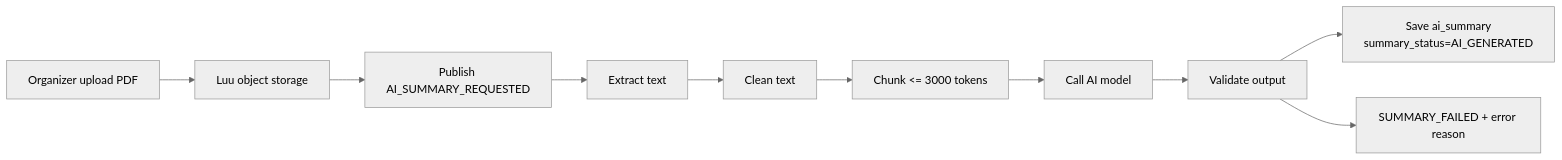
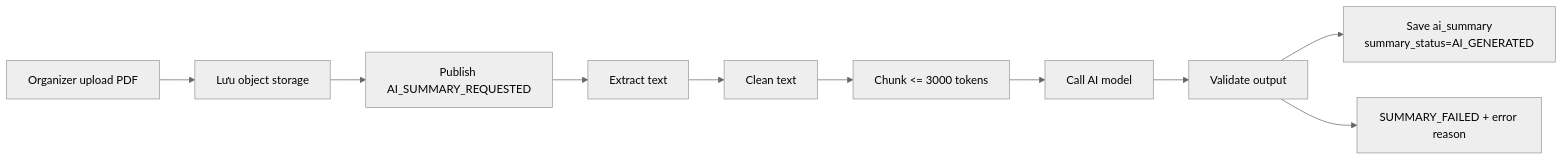
Before and after one commit to NTTH7419/TKPMFinal: the sixth of 6 diagrams in docs/blueprint/README.md, drawn with Mermaid (neutral theme). The commit also changed other lines of this file and 2 other files, not shown here.

````diff
--- a/docs/blueprint/README.md
+++ b/docs/blueprint/README.md
@@ -254,12 +254,12 @@
 ```mermaid
 flowchart LR
-    Upload["Organizer upload PDF"] --> Store["Luu object storage"]
+    Upload["Organizer upload PDF"] --> Store["Lưu object storage"]
     Store --> Job["Publish AI_SUMMARY_REQUESTED"]
     Job --> Extract["Extract text"]
     Extract --> Clean["Clean text"]
     Clean --> Chunk["Chunk <= 3000 tokens"]
     Chunk --> AI["Call AI model"]
     AI --> Validate["Validate output"]
     Validate --> Publish["Save ai_summary\nsummary_status=AI_GENERATED"]
     Validate --> Fail["SUMMARY_FAILED + error reason"]
 ```
````
